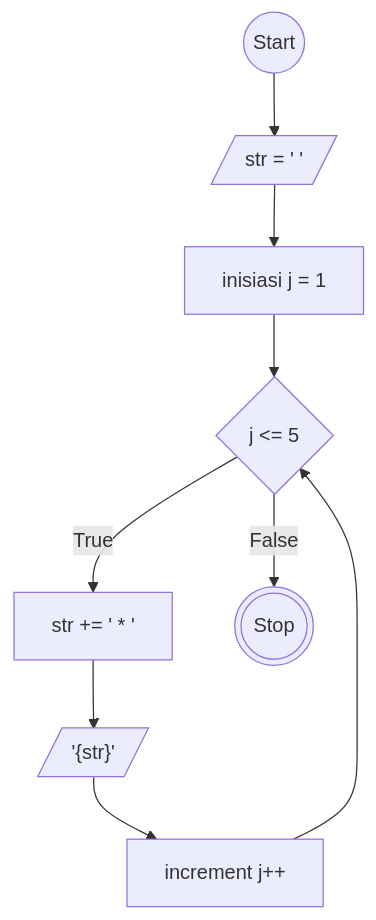
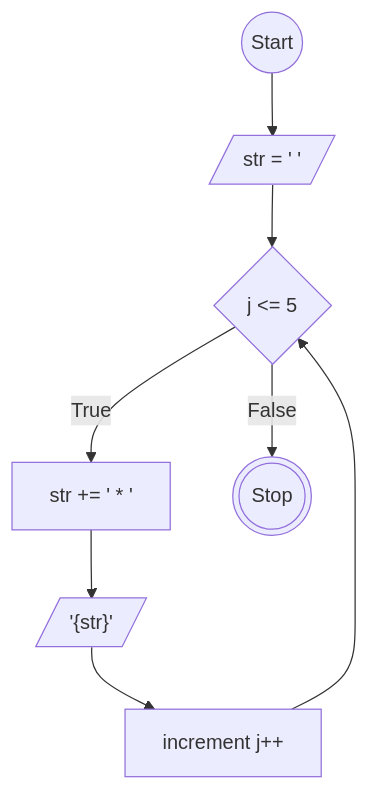
One commit to MuhamadRafliShidiq/koda-b8-javascript1 changed the diagram in task3.md. Above: the diagram before and after it, drawn with Mermaid.

````diff
--- a/task3.md
+++ b/task3.md
@@ -7,21 +7,20 @@
 ```mermaid
 
     flowchart TD
 
     a@{ shape: circle, label: "Start" }
     b@{ shape: lean-r, label: " str = ' '" }
-    c@{ shape: rect, label: " inisiasi j = 1" }
     d@{ shape: diamond, label: "j <= 5" }
     e@{ shape: rect, label: " str += ' * '" }
     g@{ shape: lean-r, label: " '{str}'" }
     f@{ shape: rect, label: " increment j++" }
 
     h@{ shape: dbl-circ, label: "Stop" }
 
-    a --> b --> c --> d
+    a --> b --> d
 
     d --True--> e --> g --> f
     f --> d
 
     d --False--> h
 ```
````
